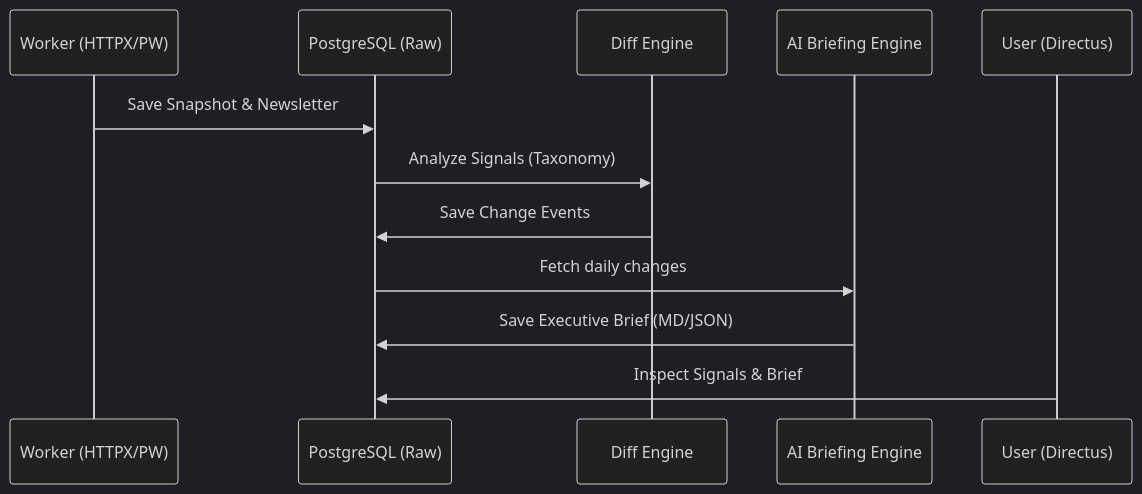
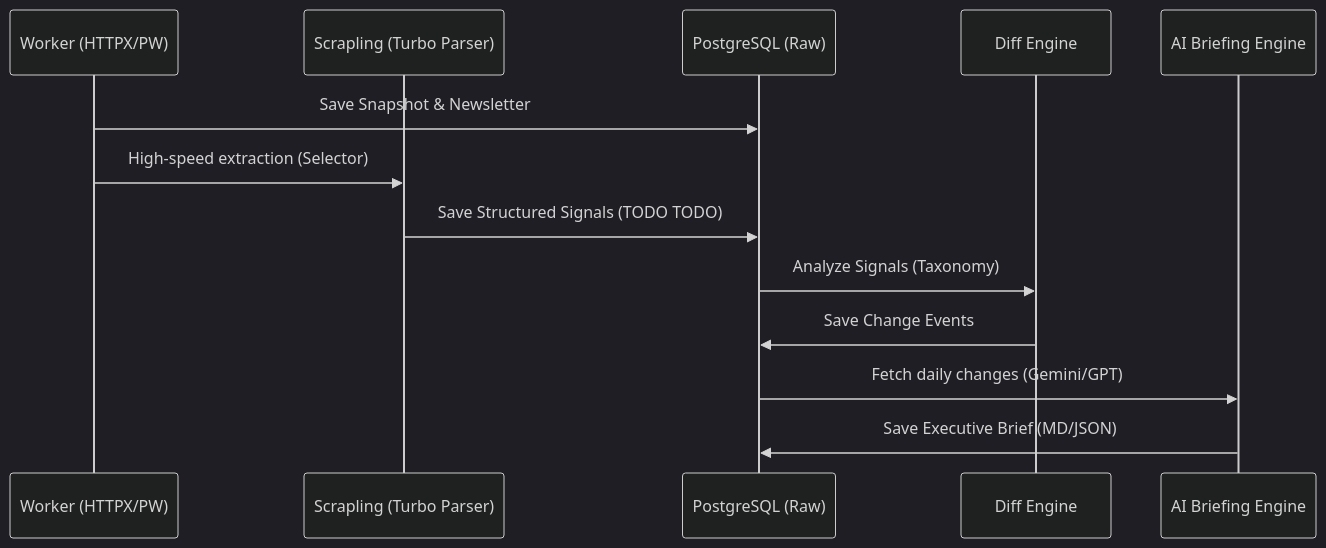
One commit to francuello10/ecommerce_scrap changed the third of 3 diagrams in docs/strategic_flows.md. Above: the diagram before and after it, drawn with Mermaid (dark theme). The commit also changed other lines of this file and 7 other files, not shown here.

Commit message:
feat: complete high-perf extraction suite with scrapling, automated directus ux, and strategic docs

````diff
--- a/docs/strategic_flows.md
+++ b/docs/strategic_flows.md
@@ -39,15 +39,16 @@
 ```mermaid
 sequenceDiagram
     participant W as Worker (HTTPX/PW)
+    participant S as Scrapling (Turbo Parser)
     participant DB as PostgreSQL (Raw)
     participant D as Diff Engine
     participant LLM as AI Briefing Engine
-    participant U as User (Directus)
 
     W->>DB: Save Snapshot & Newsletter
+    W->>S: High-speed extraction (Selector)
+    S->>DB: Save Structured Signals (TODO TODO)
     DB->>D: Analyze Signals (Taxonomy)
     D->>DB: Save Change Events
-    DB->>LLM: Fetch daily changes
+    DB->>LLM: Fetch daily changes (Gemini/GPT)
     LLM->>DB: Save Executive Brief (MD/JSON)
-    U->>DB: Inspect Signals & Brief
 ```
````
